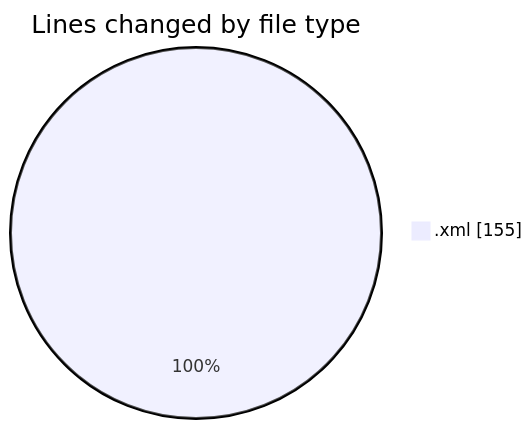
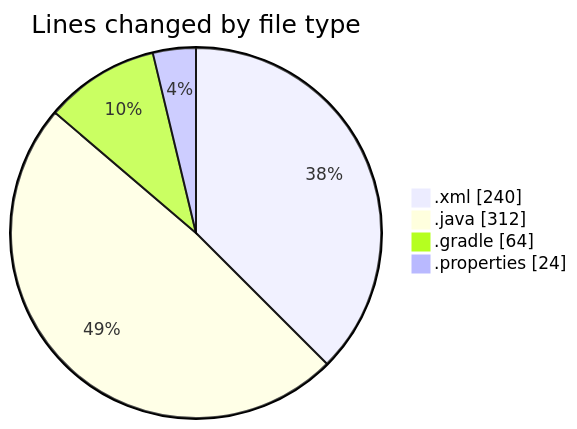
The first of 2 diagrams in 2025-05-30/archery_sum/README.md (CELIANVF/code-tracking), drawn with Mermaid before and after one commit. The commit also changed other lines of this file and 1 other file, not shown here.

````diff
--- a/2025-05-30/archery_sum/README.md
+++ b/2025-05-30/archery_sum/README.md
@@ -22,5 +34,8 @@
 ```mermaid
 pie showData
 title Lines changed by file type
-".xml" : 155
+".xml" : 240
+".java" : 312
+".gradle" : 64
+".properties" : 24
 ```
````
